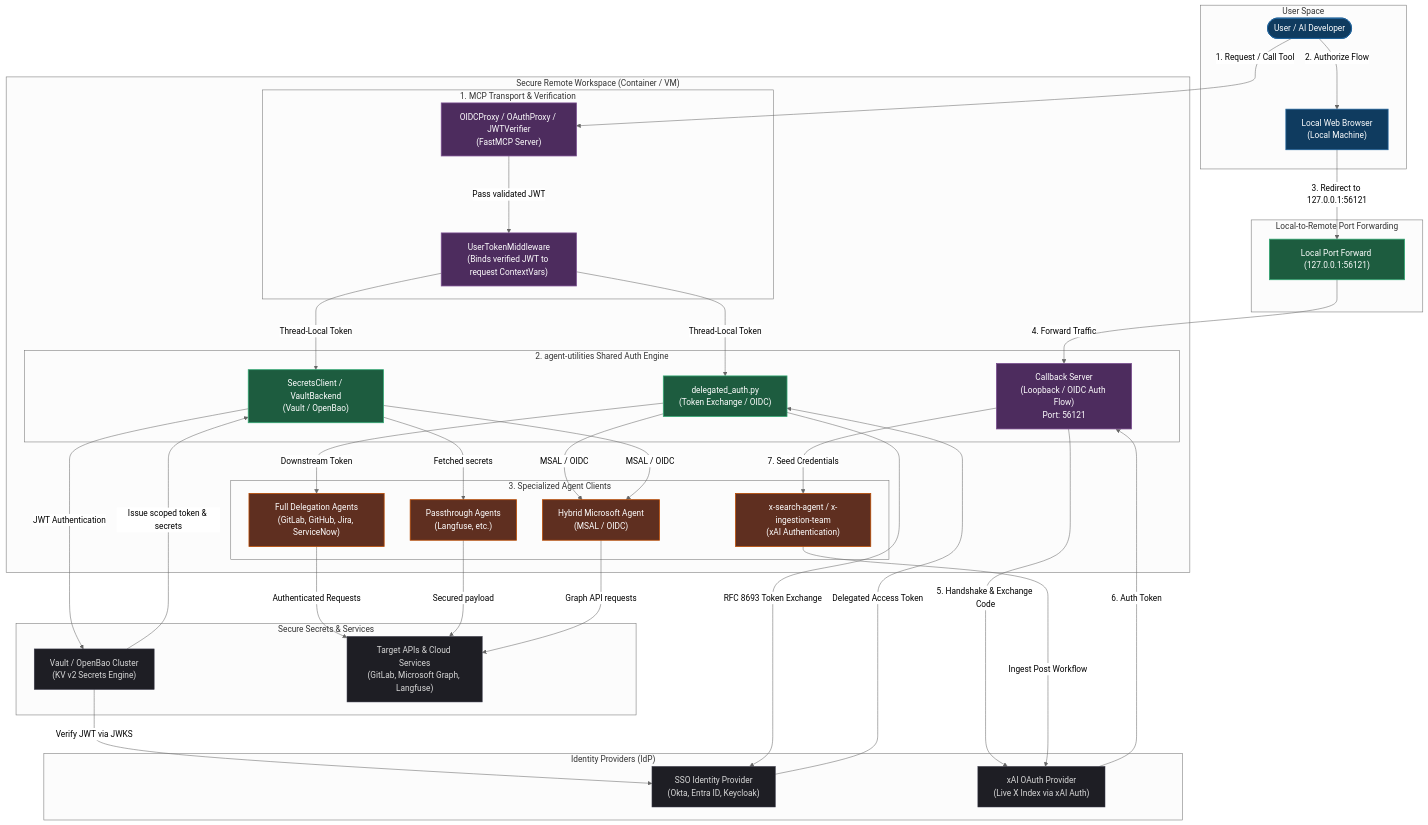
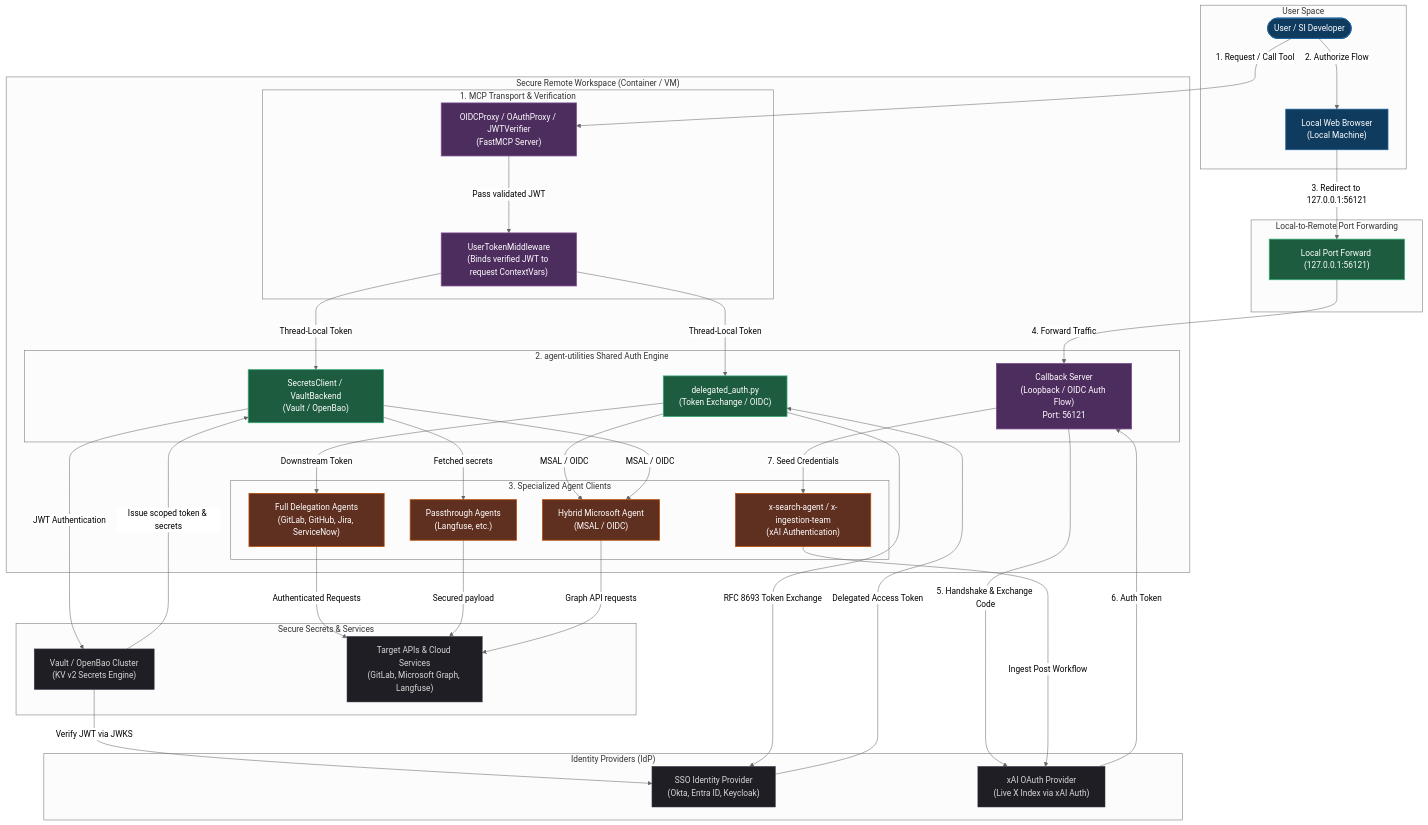
Before and after one commit to Knuckles-Team/agent-utilities: the fourth of 4 diagrams in docs/guides/oauth_sso.md, drawn with Mermaid (neutral theme). The commit also changed other lines of this file and 50 other files, not shown here.

```diff
--- a/docs/guides/oauth_sso.md
+++ b/docs/guides/oauth_sso.md
@@ -553,7 +553,7 @@
     classDef backend fill:#5f2f20,stroke:#ba4a00,stroke-width:1.5px,color:#ffffff;
 
     subgraph UserInterface ["User Space"]
-        User(["User / AI Developer"])
+        User(["User / SI Developer"])
         Browser["Local Web Browser<br/>(Local Machine)"]
     end
 
```
